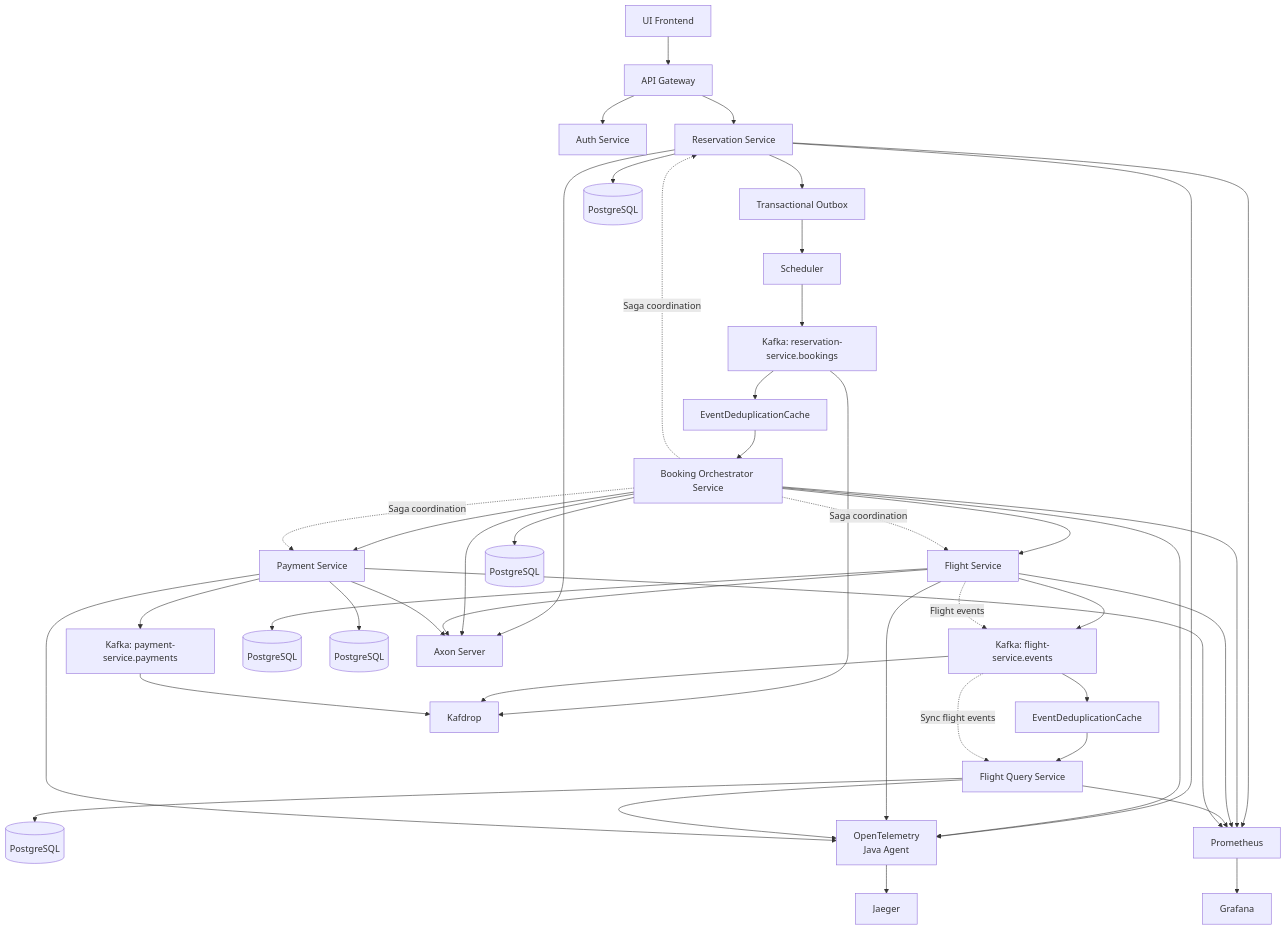
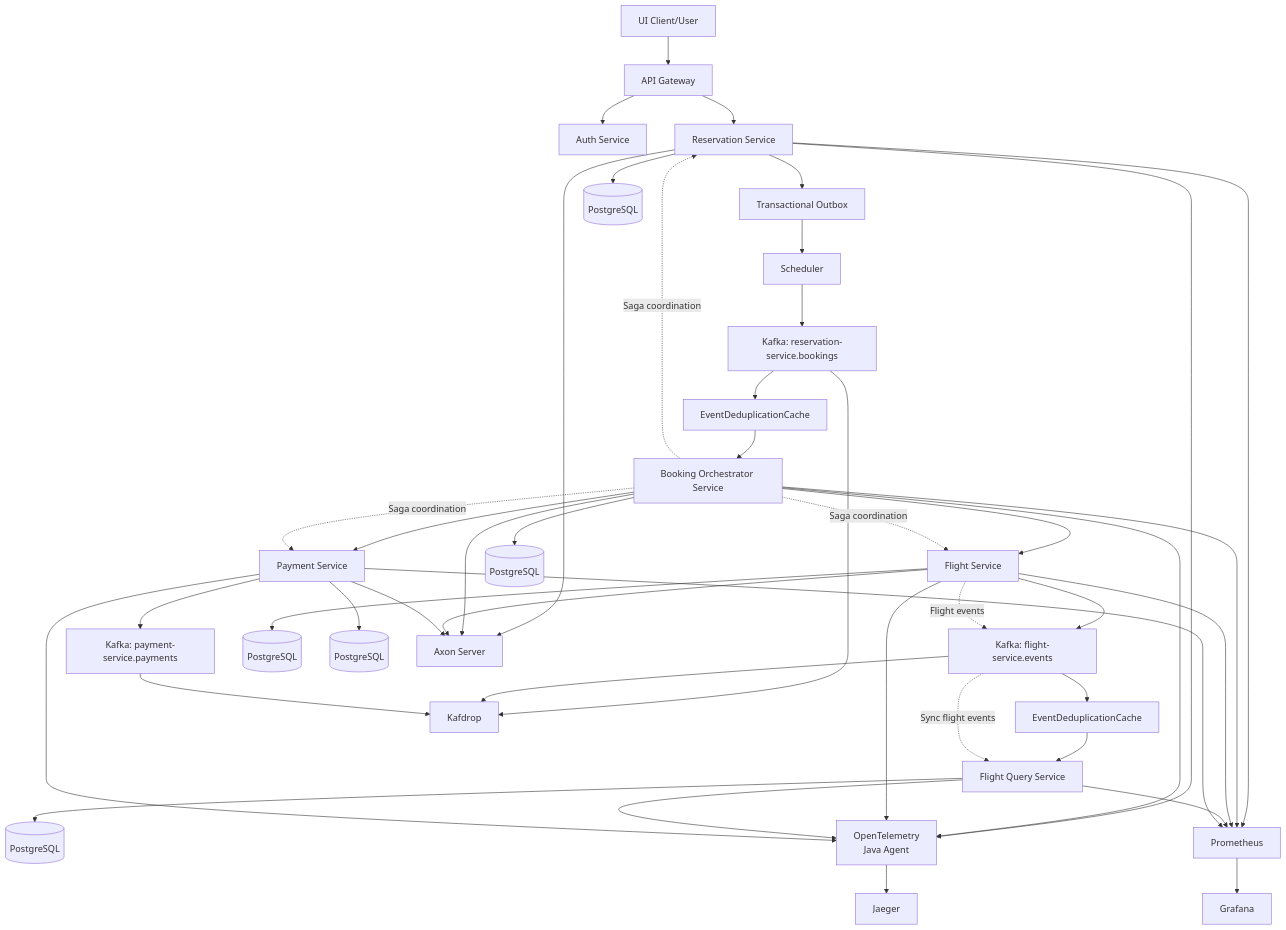
Before and after one commit to vstebletsov89/spring-boot-microservices-saga: the diagram in design.mmd, drawn with Mermaid.

```diff
--- a/design.mmd
+++ b/design.mmd
@@ -1,65 +1,65 @@
 graph TD
-UI[UI Frontend] --> GW[API Gateway]
+UI[UI Client/User] --> GW[API Gateway]
 
 GW --> AUTH[Auth Service]
 GW --> RES[Reservation Service]
 
 RES --> TOB[Transactional Outbox]
 TOB --> SCH[Scheduler]
 
 SCH --> KAFKA_RES_TOPIC[Kafka: reservation-service.bookings]
 KAFKA_RES_TOPIC --> EDC1[EventDeduplicationCache]
 EDC1 --> ORC[Booking Orchestrator Service]
 
 ORC --> FLIGHT[Flight Service]
 ORC --> PAY[Payment Service]
 
 FLIGHT --> KAFKA_FLIGHT_TOPIC[Kafka: flight-service.events]
 KAFKA_FLIGHT_TOPIC --> EDC2[EventDeduplicationCache]
 EDC2 --> FQ[Flight Query Service]
 
 PAY --> KAFKA_PAYMENT_TOPIC[Kafka: payment-service.payments]
 
 %% Databases
 RES --> PGRES[(PostgreSQL)]
 ORC --> PGBOOK[(PostgreSQL)]
 FLIGHT --> PGFLIGHT[(PostgreSQL)]
 FQ --> PGQUERY[(PostgreSQL)]
 PAY --> PGPAY[(PostgreSQL)]
 
 %% Axon Server
 RES --> AXON[Axon Server]
 ORC --> AXON
 FLIGHT --> AXON
 PAY --> AXON
 
 %% Tracing
 RES --> OTEL[OpenTelemetry<br/>Java Agent]
 ORC --> OTEL
 FLIGHT --> OTEL
 FQ --> OTEL
 PAY --> OTEL
 
 %% Monitoring
 RES --> PROM[Prometheus]
 ORC --> PROM
 FLIGHT --> PROM
 FQ --> PROM
 PAY --> PROM
 PROM --> GRAF[Grafana]
 
 OTEL --> JAEGER[Jaeger]
 
 %% Kafka UI
 KAFKA_RES_TOPIC     --> KAFDROP[Kafdrop]
 KAFKA_FLIGHT_TOPIC  --> KAFDROP
 KAFKA_PAYMENT_TOPIC --> KAFDROP
 
 %% Saga Pattern
 ORC -.->|Saga coordination| FLIGHT
 ORC -.->|Saga coordination| PAY
 ORC -.->|Saga coordination| RES
 
 %% Event Flow
 FLIGHT -.->|Flight events| KAFKA_FLIGHT_TOPIC
 KAFKA_FLIGHT_TOPIC -.->|Sync flight events| FQ
```
